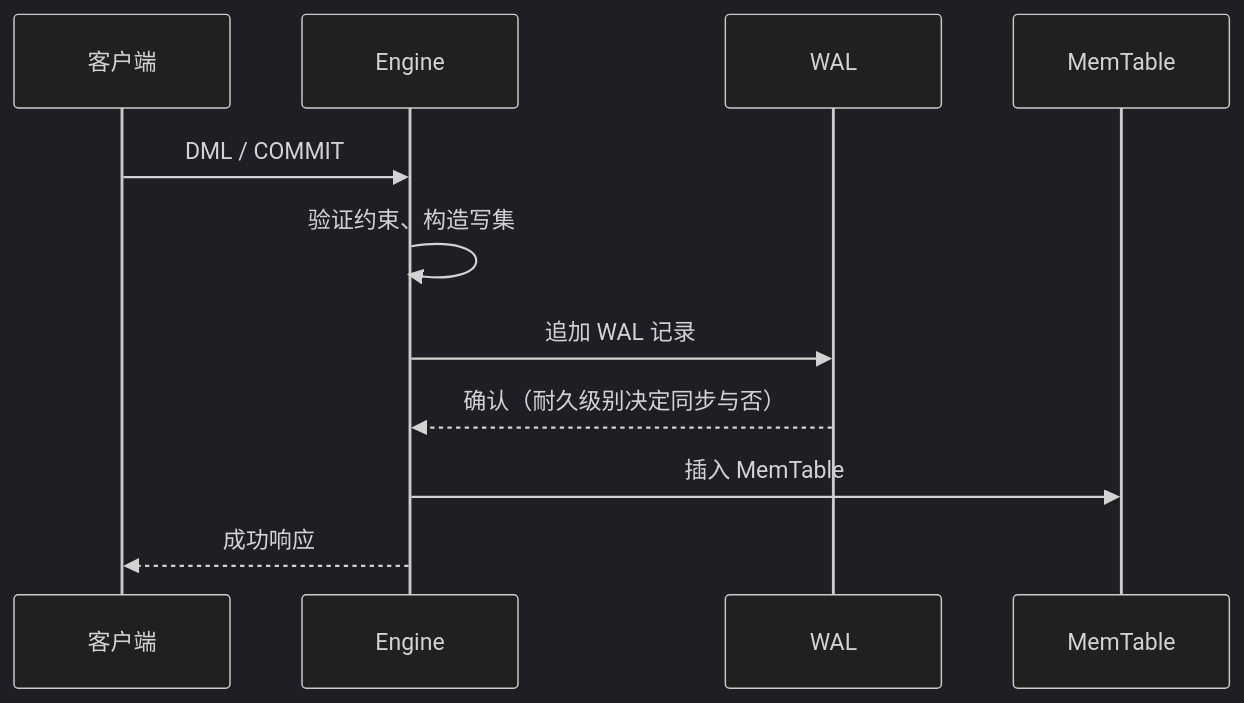
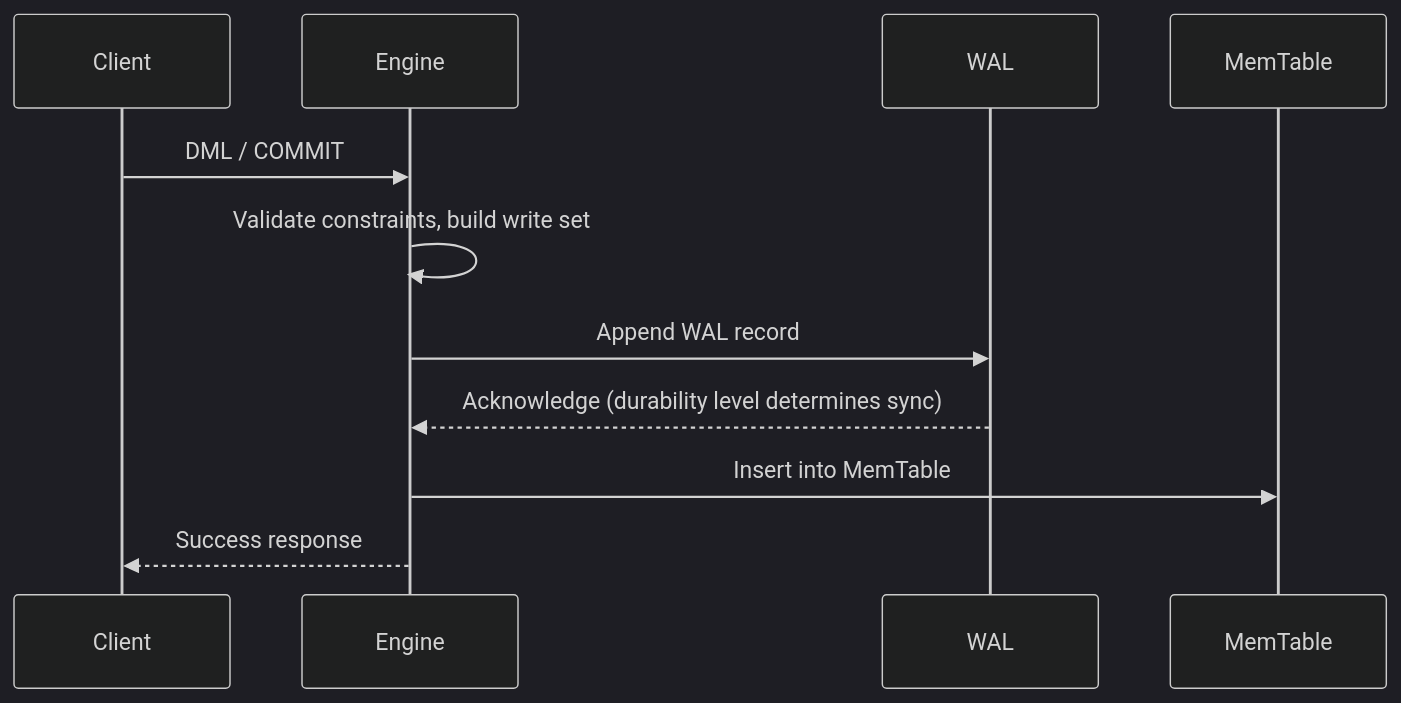
The second of 2 diagrams in docs/architecture/lsm-storage.md (viloris-org/Pico), drawn with Mermaid (dark theme) before and after one commit. The commit also changed other lines of this file and 30 other files, not shown here.

````diff
--- a/docs/architecture/lsm-storage.md
+++ b/docs/architecture/lsm-storage.md
@@ -133,14 +133,14 @@
 ```mermaid
 sequenceDiagram
-    participant C as 客户端
+    participant C as Client
     participant E as Engine
     participant W as WAL
     participant M as MemTable
 
     C->>E: DML / COMMIT
-    E->>E: 验证约束、构造写集
-    E->>W: 追加 WAL 记录
-    W-->>E: 确认（耐久级别决定同步与否）
-    E->>M: 插入 MemTable
-    E-->>C: 成功响应
+    E->>E: Validate constraints, build write set
+    E->>W: Append WAL record
+    W-->>E: Acknowledge (durability level determines sync)
+    E->>M: Insert into MemTable
+    E-->>C: Success response
 ```
````
